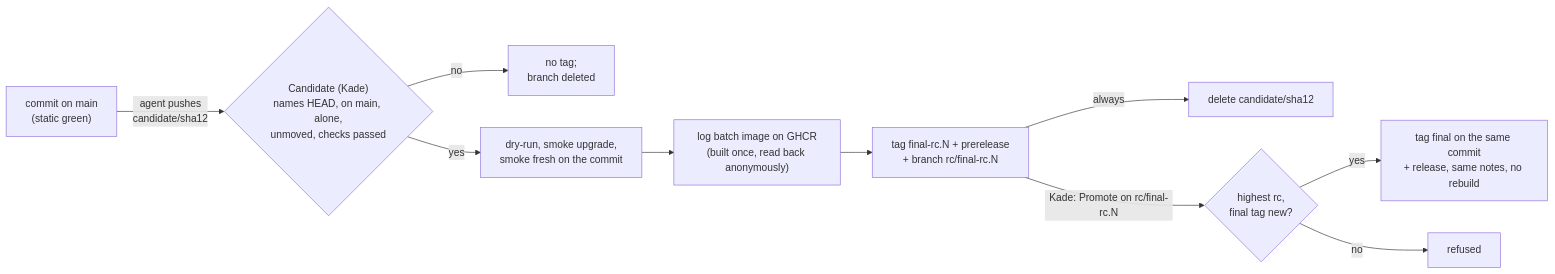
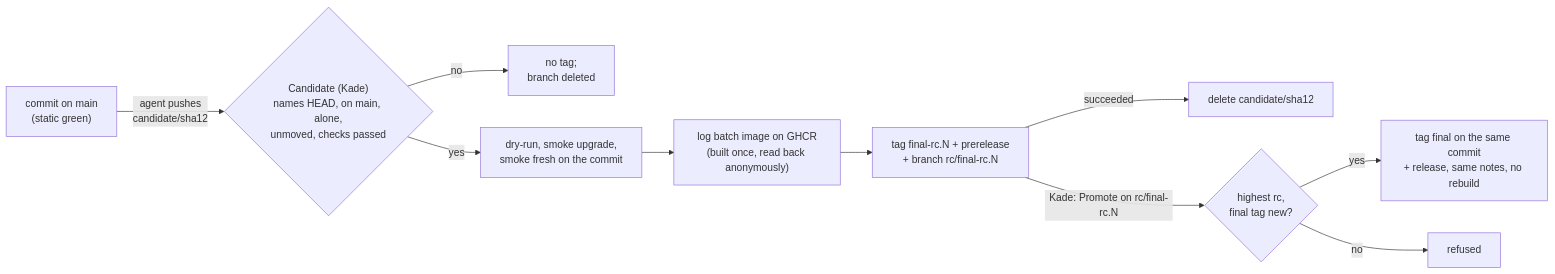
The diagram in docs/adr/080-releases-are-candidates-at-a-main-commit-promoted-without-a-rebuild.md (enjay27/lakehouse), drawn with Mermaid before and after one commit. The commit also changed other lines of this file and 1 other file, not shown here.

First line of the commit message:
A failed Candidate keeps its branch so it can run again

````diff
--- a/docs/adr/080-releases-are-candidates-at-a-main-commit-promoted-without-a-rebuild.md
+++ b/docs/adr/080-releases-are-candidates-at-a-main-commit-promoted-without-a-rebuild.md
@@ -135,12 +136,12 @@
 ```mermaid
 flowchart LR
     M["commit on main<br/>(static green)"] -->|"agent pushes<br/>candidate/sha12"| C{"Candidate (Kade)<br/>names HEAD, on main, alone,<br/>unmoved, checks passed"}
     C -->|no| X["no tag;<br/>branch deleted"]
     C -->|yes| G["dry-run, smoke upgrade,<br/>smoke fresh on the commit"]
     G --> I["log batch image on GHCR<br/>(built once, read back anonymously)"]
     I --> T["tag final-rc.N + prerelease<br/>+ branch rc/final-rc.N"]
-    T -->|"always"| D["delete candidate/sha12"]
+    T -->|"succeeded"| D["delete candidate/sha12"]
     T -->|"Kade: Promote on rc/final-rc.N"| P{"highest rc,<br/>final tag new?"}
     P -->|yes| R["tag final on the same commit<br/>+ release, same notes, no rebuild"]
     P -->|no| Y["refused"]
 ```
````
